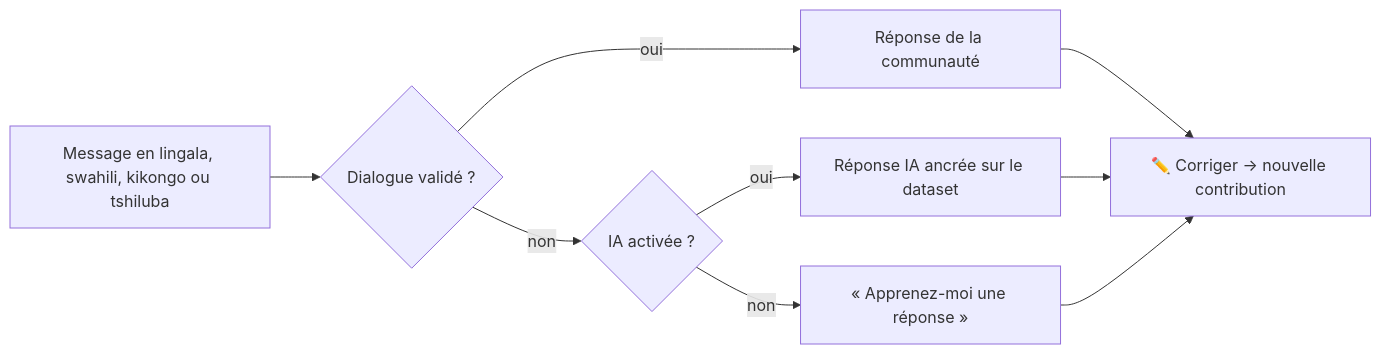
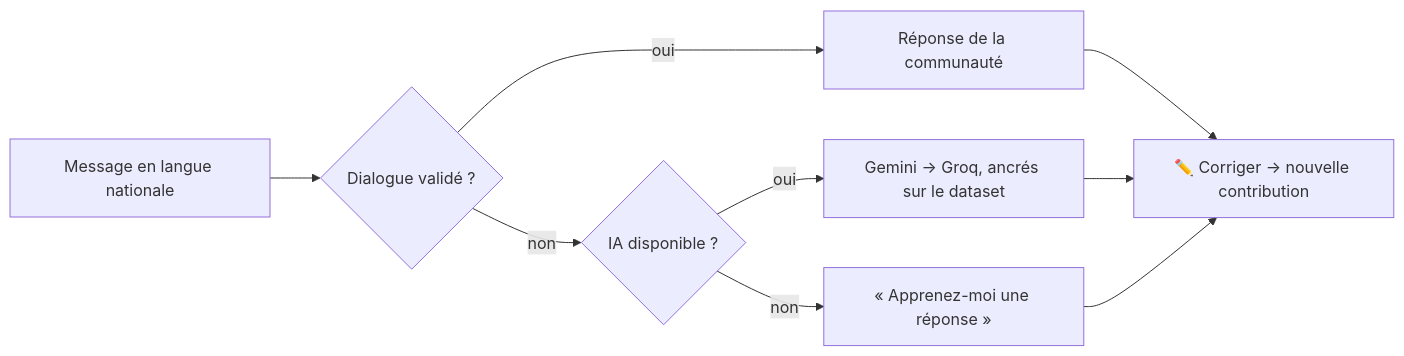
One commit to PascalMTK/OkapiAI changed the second of 3 diagrams in README.md. Above: the diagram before and after it, drawn with Mermaid. The commit also changed other lines of this file and 2 other files, not shown here.

Commit message:
README : nouveau design, logo sans fond (clair et sombre), contenu à jour (Gemini/Groq, voix VITS, tshiluba)

````diff
--- a/README.md
+++ b/README.md
@@ -143,9 +190,9 @@
 ```mermaid
 flowchart LR
-    Q[Message en lingala, swahili, kikongo ou tshiluba] --> D{Dialogue validé ?}
+    Q[Message en langue nationale] --> D{Dialogue validé ?}
     D -->|oui| R1[Réponse de la communauté]
-    D -->|non| I{IA activée ?}
-    I -->|oui| R2["Réponse IA ancrée sur le dataset"]
+    D -->|non| I{IA disponible ?}
+    I -->|oui| R2["Gemini → Groq, ancrés sur le dataset"]
     I -->|non| R3[« Apprenez-moi une réponse »]
     R1 & R2 & R3 --> F[✏️ Corriger → nouvelle contribution]
 ```
````
